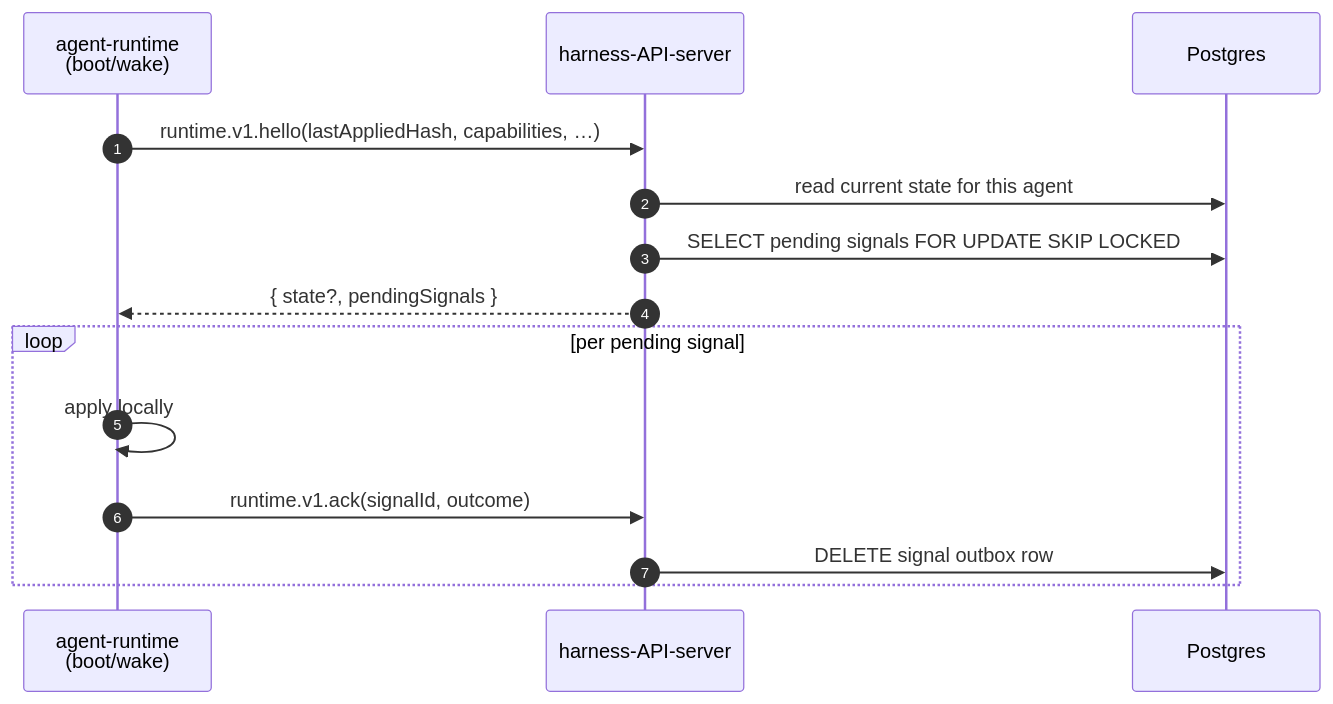
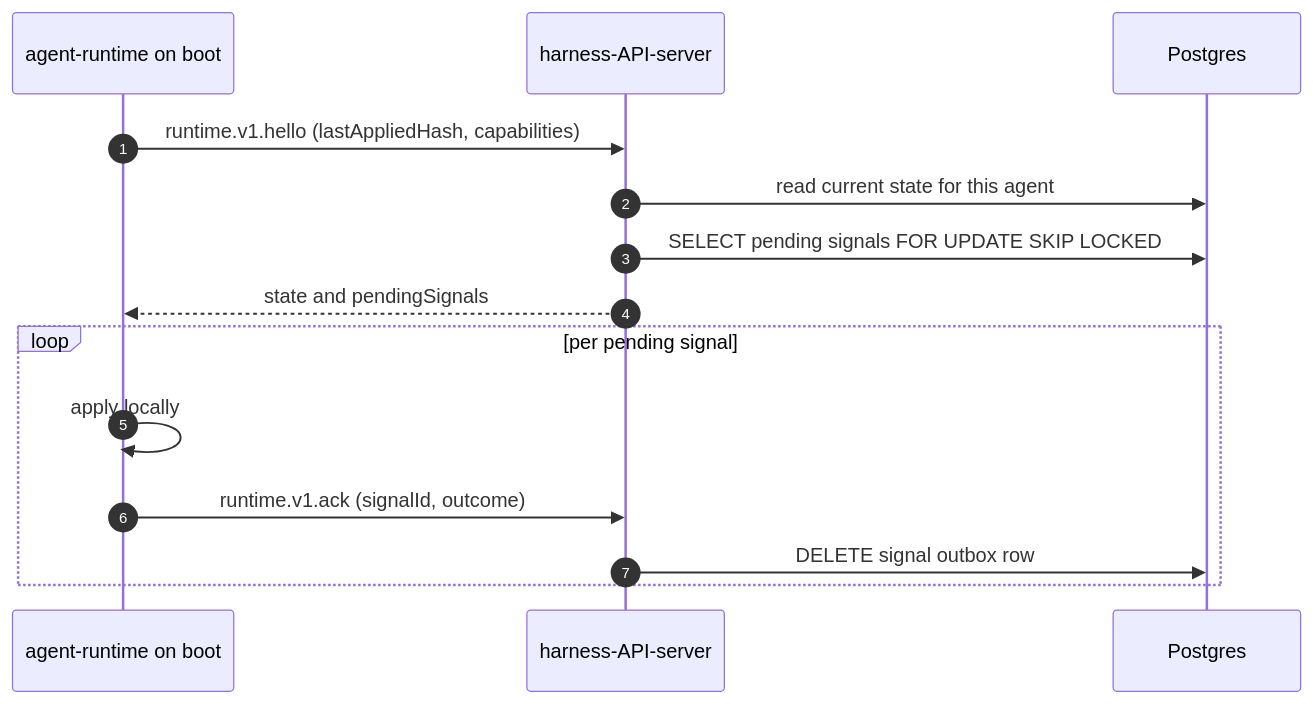
The fourth of 5 diagrams in docs/architecture/connections.md (dam-agents/dam), drawn with Mermaid before and after one commit. The commit also changed other lines of this file, not shown here.

First line of the commit message:
docs(architecture): rewrite mermaid diagrams for Zed compatibility

````diff
--- a/docs/architecture/connections.md
+++ b/docs/architecture/connections.md
@@ -266,17 +272,17 @@
 ```mermaid
 sequenceDiagram
   autonumber
-  participant RT as agent-runtime<br/>(boot/wake)
+  participant RT as agent-runtime on boot
   participant HS as harness-API-server
   participant PG as Postgres
 
-  RT->>HS: runtime.v1.hello(lastAppliedHash, capabilities, …)
+  RT->>HS: runtime.v1.hello (lastAppliedHash, capabilities)
   HS->>PG: read current state for this agent
   HS->>PG: SELECT pending signals FOR UPDATE SKIP LOCKED
-  HS-->>RT: { state?, pendingSignals }
+  HS-->>RT: state and pendingSignals
   loop per pending signal
     RT->>RT: apply locally
-    RT->>HS: runtime.v1.ack(signalId, outcome)
+    RT->>HS: runtime.v1.ack (signalId, outcome)
     HS->>PG: DELETE signal outbox row
   end
 ```
````
